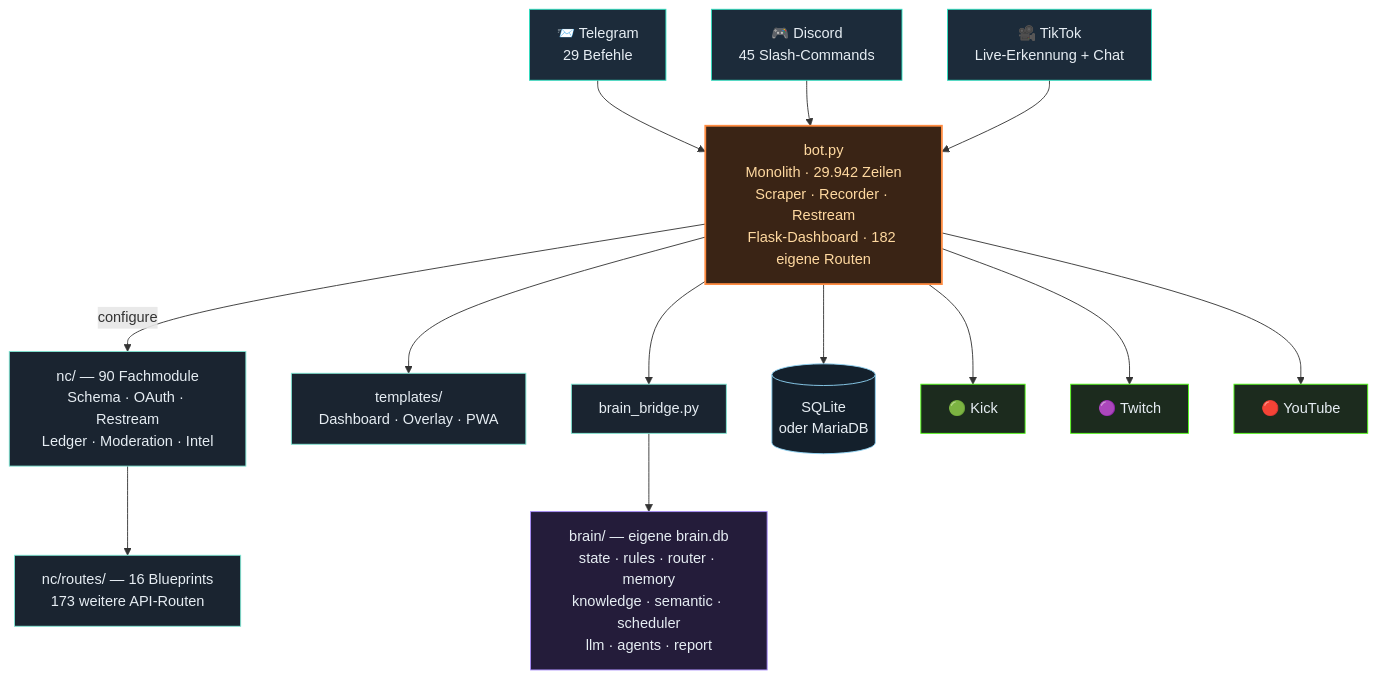
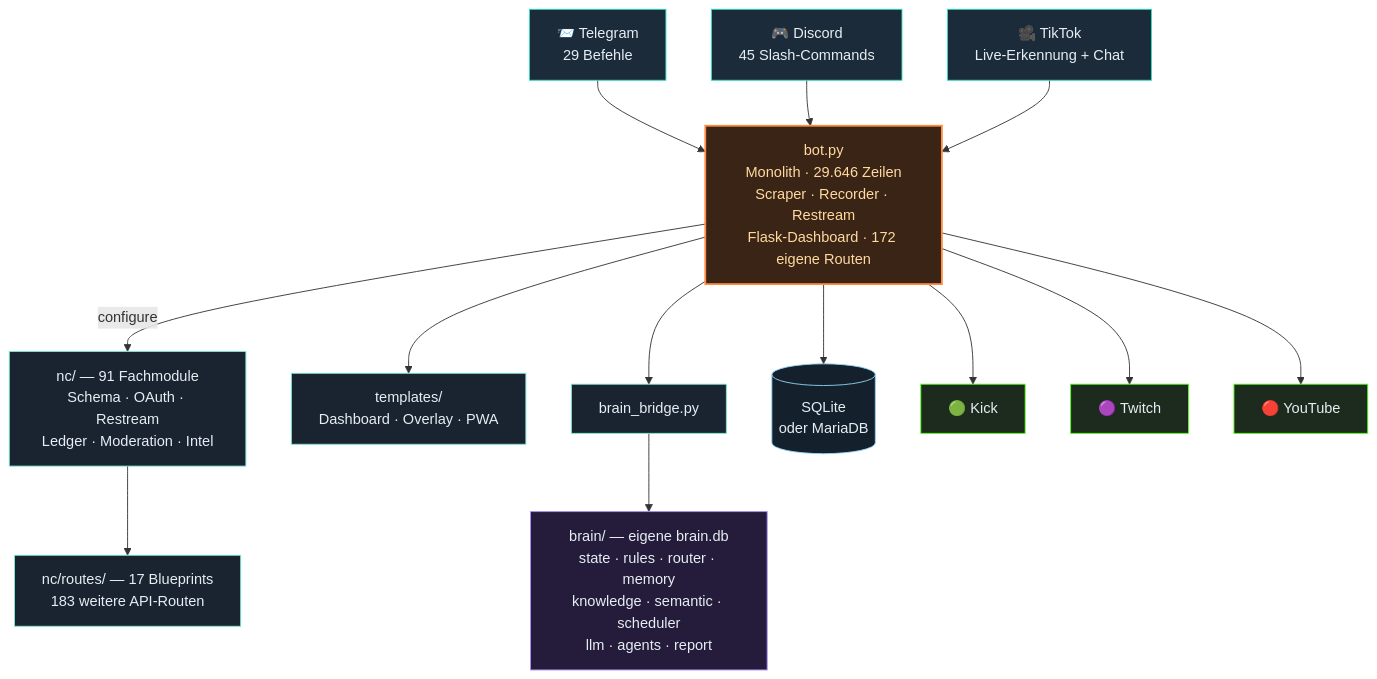
The third of 4 diagrams in README.md (itsamemedev/Telegram-Stream-Info-Bot), drawn with Mermaid before and after one commit. The commit also changed other lines of this file and 11 other files, not shown here.

````diff
--- a/README.md
+++ b/README.md
@@ -187,30 +187,30 @@
 ```mermaid
 flowchart TB
     TG["📨 Telegram<br/>29 Befehle"]:::ein
     DC["🎮 Discord<br/>45 Slash-Commands"]:::ein
     TT["🎥 TikTok<br/>Live-Erkennung + Chat"]:::ein
 
     TG --> BOT
     DC --> BOT
     TT --> BOT
 
-    BOT["bot.py<br/>Monolith · 29.942 Zeilen<br/>Scraper · Recorder · Restream<br/>Flask-Dashboard · 182 eigene Routen"]:::core
+    BOT["bot.py<br/>Monolith · 29.646 Zeilen<br/>Scraper · Recorder · Restream<br/>Flask-Dashboard · 172 eigene Routen"]:::core
 
-    BOT -->|configure| NC["nc/ — 90 Fachmodule<br/>Schema · OAuth · Restream<br/>Ledger · Moderation · Intel"]:::lib
-    NC --> RT["nc/routes/ — 16 Blueprints<br/>173 weitere API-Routen"]:::lib
+    BOT -->|configure| NC["nc/ — 91 Fachmodule<br/>Schema · OAuth · Restream<br/>Ledger · Moderation · Intel"]:::lib
+    NC --> RT["nc/routes/ — 17 Blueprints<br/>183 weitere API-Routen"]:::lib
     BOT --> TPL["templates/<br/>Dashboard · Overlay · PWA"]:::lib
     BOT --> BR["brain_bridge.py"]:::lib
     BR --> BRAIN["brain/ — eigene brain.db<br/>state · rules · router · memory<br/>knowledge · semantic · scheduler<br/>llm · agents · report"]:::brain
     BOT --> DB[("SQLite<br/>oder MariaDB")]:::db
 
     BOT --> KICK["🟢 Kick"]:::out
     BOT --> TW["🟣 Twitch"]:::out
     BOT --> YT["🔴 YouTube"]:::out
 
     classDef ein fill:#1c2b3a,stroke:#2de1c2,color:#e6edf3
     classDef core fill:#3a2415,stroke:#ff8c42,stroke-width:2px,color:#ffd9a0
     classDef lib fill:#1a2430,stroke:#7fe7d4,color:#e6edf3
     classDef brain fill:#241c3a,stroke:#a78bfa,color:#e6edf3
     classDef db fill:#14202c,stroke:#8fd3f4,color:#e6edf3
     classDef out fill:#1c2b1e,stroke:#53fc18,color:#e6edf3
 ```
````
